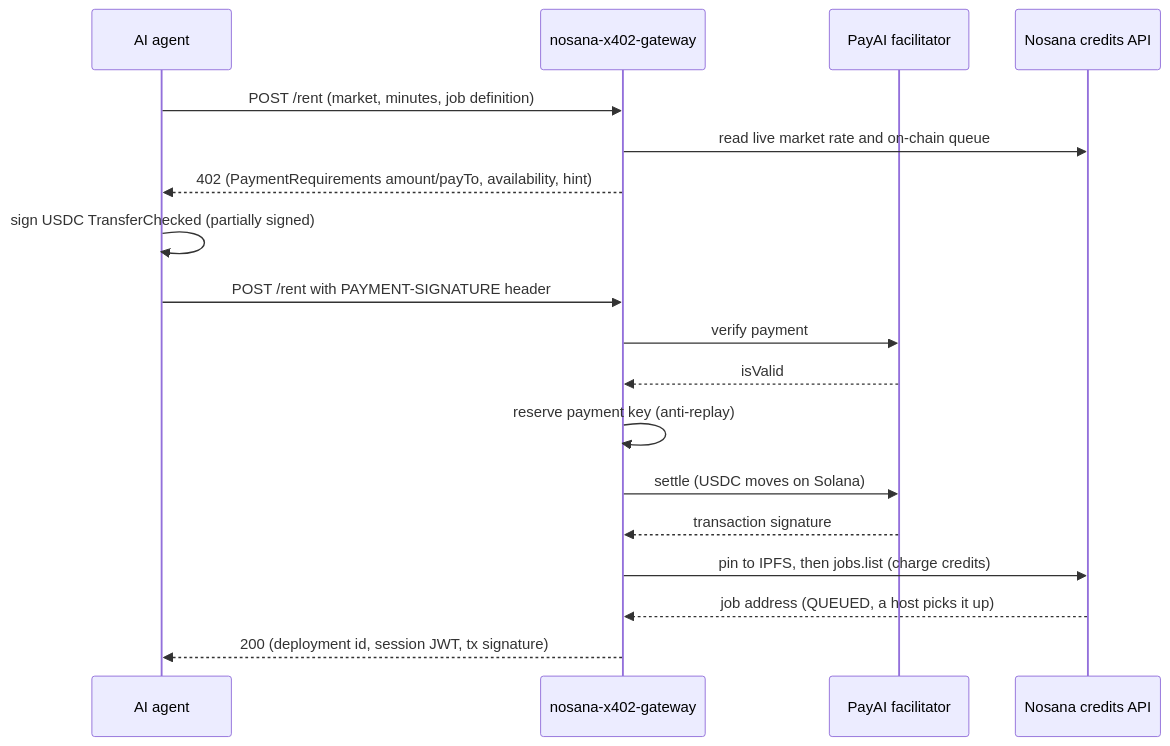
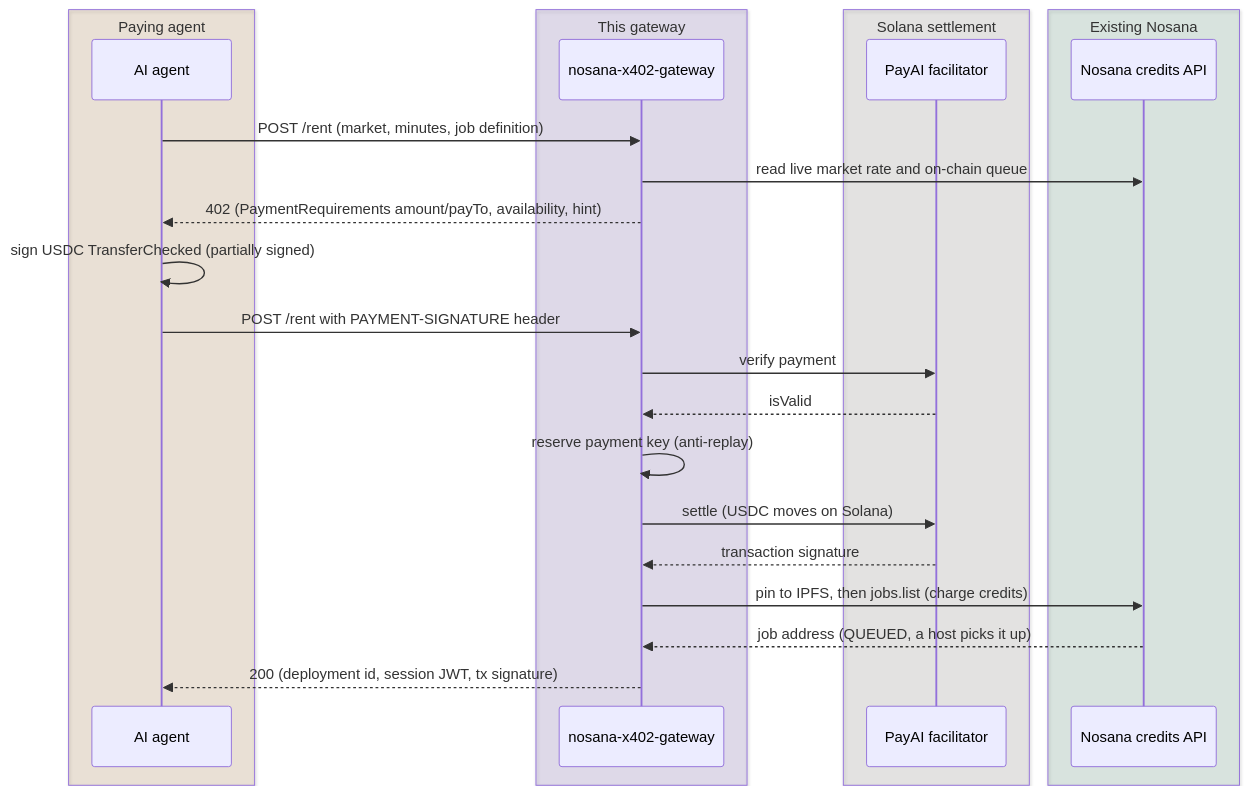
The first of 2 diagrams in README.md (Andy00L/nosana-x402-gateway), drawn with Mermaid before and after one commit. The commit also changed other lines of this file, not shown here.

Commit message:
docs: color the handshake diagram and add the payment lifecycle state machine

````diff
--- a/README.md
+++ b/README.md
@@ -124,21 +124,29 @@
 ```mermaid
 sequenceDiagram
-    participant Agent as AI agent
-    participant GW as nosana-x402-gateway
-    participant Fac as PayAI facilitator
-    participant Nos as Nosana credits API
+    box rgba(154, 91, 19, 0.14) Paying agent
+        participant Agent as AI agent
+    end
+    box rgba(107, 79, 166, 0.16) This gateway
+        participant GW as nosana-x402-gateway
+    end
+    box rgba(115, 110, 100, 0.14) Solana settlement
+        participant Fac as PayAI facilitator
+    end
+    box rgba(37, 112, 79, 0.14) Existing Nosana
+        participant Nos as Nosana credits API
+    end
 
     Agent->>GW: POST /rent (market, minutes, job definition)
     GW->>Nos: read live market rate and on-chain queue
     GW-->>Agent: 402 (PaymentRequirements amount/payTo, availability, hint)
     Agent->>Agent: sign USDC TransferChecked (partially signed)
     Agent->>GW: POST /rent with PAYMENT-SIGNATURE header
     GW->>Fac: verify payment
     Fac-->>GW: isValid
     GW->>GW: reserve payment key (anti-replay)
     GW->>Fac: settle (USDC moves on Solana)
     Fac-->>GW: transaction signature
     GW->>Nos: pin to IPFS, then jobs.list (charge credits)
     Nos-->>GW: job address (QUEUED, a host picks it up)
     GW-->>Agent: 200 (deployment id, session JWT, tx signature)
 ```
````
